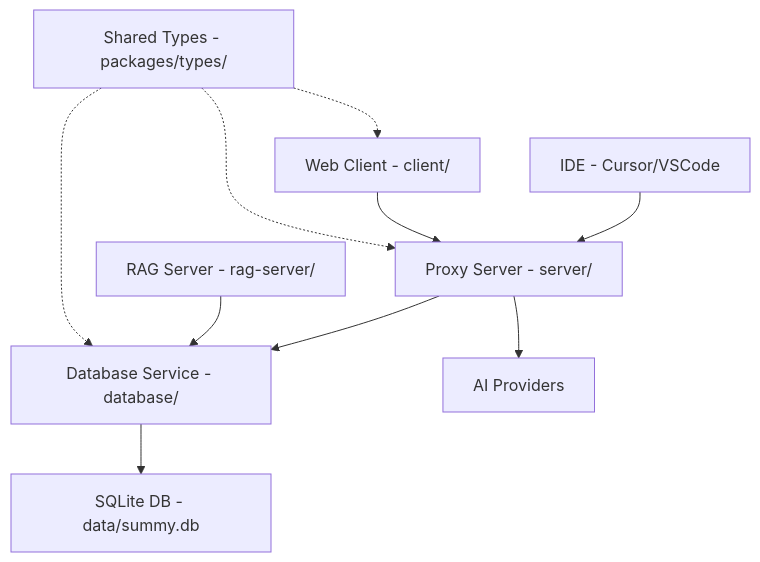
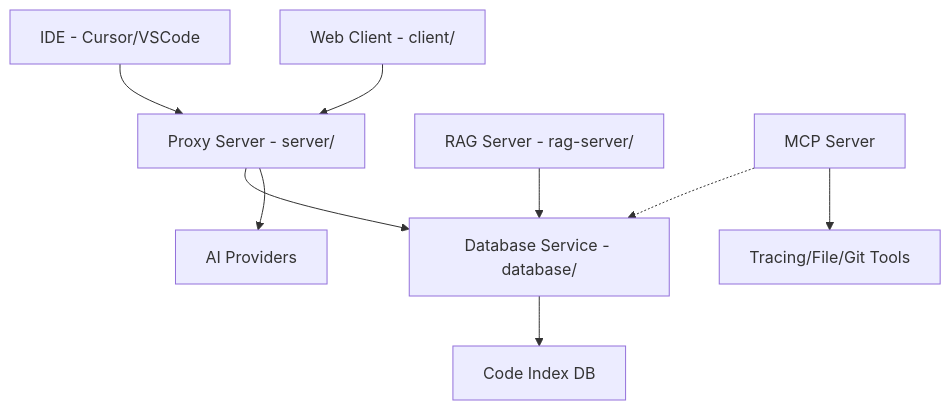
The diagram in REFACTORING_PLAN.md (jeromevang/Summy), drawn with Mermaid before and after one commit. The commit also changed other lines of this file and 65 other files, not shown here.

````diff
--- a/REFACTORING_PLAN.md
+++ b/REFACTORING_PLAN.md
@@ -397,12 +38,11 @@
 ```mermaid
 graph TD
     IDE[IDE - Cursor/VSCode] --> Proxy[Proxy Server - server/]
     Proxy --> DB_Service[Database Service - database/]
     Proxy --> OpenAI[AI Providers]
-    DB_Service --> SQLite[SQLite DB - data/summy.db]
+    DB_Service --> SQLite[Code Index DB]
     Client[Web Client - client/] --> Proxy
     RAG[RAG Server - rag-server/] --> DB_Service
-    Types[Shared Types - packages/types/] -.-> Proxy
-    Types -.-> DB_Service
-    Types -.-> Client
+    MCP[MCP Server] -.-> DB_Service
+    MCP --> Tools[Tracing/File/Git Tools]
 ```
````
